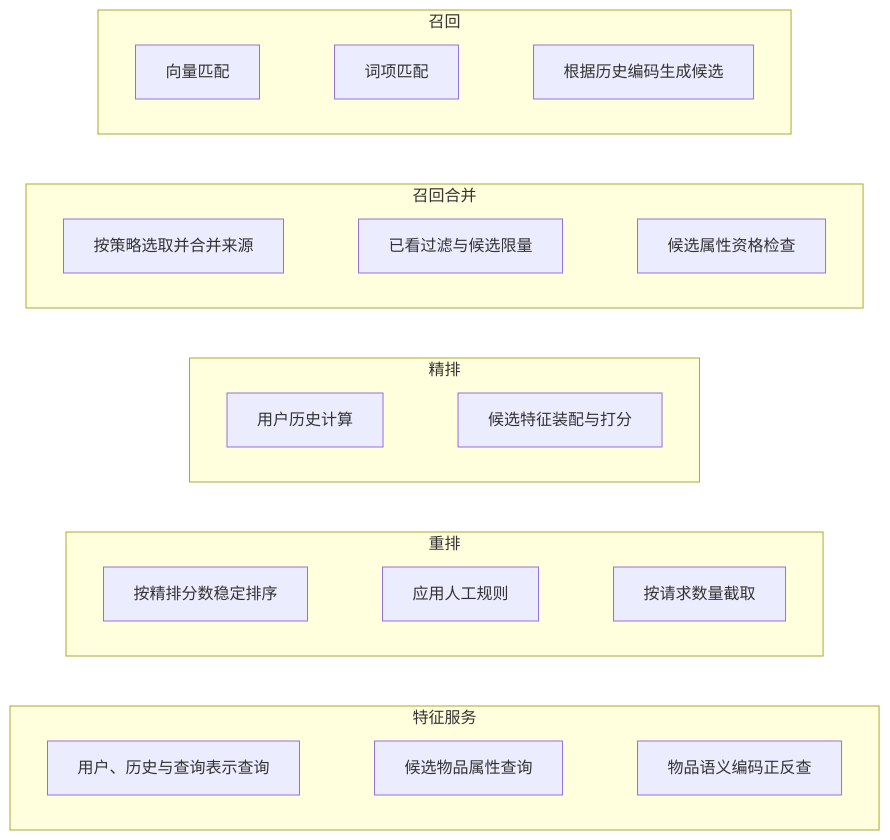
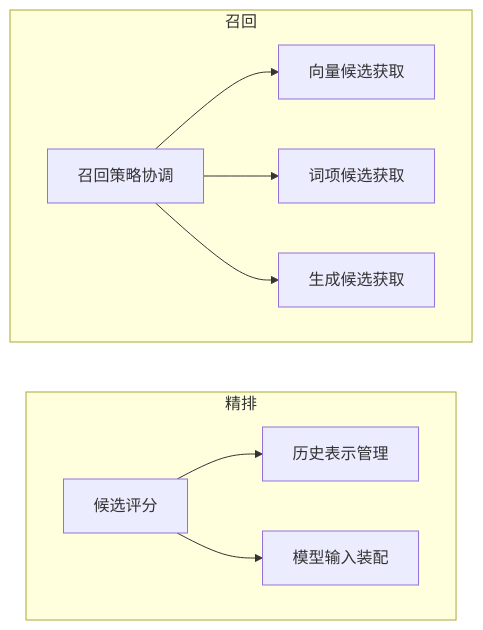
The diagram in diagrams/01_system_02.mmd (bitianyuan123/docs), drawn with Mermaid before and after one commit. The commit also changed 74 other files, not shown here.

```diff
--- a/diagrams/01_system_02.mmd
+++ b/diagrams/01_system_02.mmd
@@ -1,22 +1,13 @@
 flowchart TB
     subgraph Recall[召回]
         direction LR
-        V[向量匹配] ~~~ T[词项匹配] ~~~ G[根据历史编码生成候选]
+        Select[召回策略协调] --> V[向量候选获取]
+        Select --> T[词项候选获取]
+        Select --> G[生成候选获取]
     end
-    subgraph Merge[召回合并]
+    subgraph Rank[精排]
         direction LR
-        M1[按策略选取并合并来源] ~~~ M2[已看过滤与候选限量] ~~~ M3[候选属性资格检查]
+        Score[候选评分] --> H[历史表示管理]
+        Score --> I[模型输入装配]
     end
-    subgraph Score[精排]
-        direction LR
-        S1[用户历史计算] ~~~ S2[候选特征装配与打分]
-    end
-    subgraph Rerank[重排]
-        direction LR
-        O1[按精排分数稳定排序] ~~~ O2[应用人工规则] ~~~ O3[按请求数量截取]
-    end
-    subgraph Feature[特征服务]
-        direction LR
-        F1[用户、历史与查询表示查询] ~~~ F2[候选物品属性查询] ~~~ F3[物品语义编码正反查]
-    end
-    Recall ~~~ Merge ~~~ Score ~~~ Rerank ~~~ Feature
+    Recall ~~~ Rank
```
